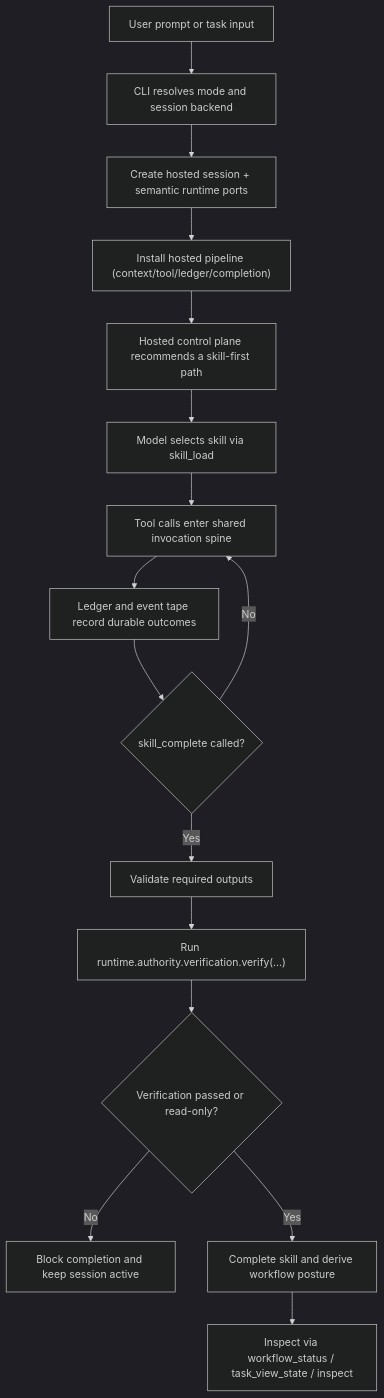
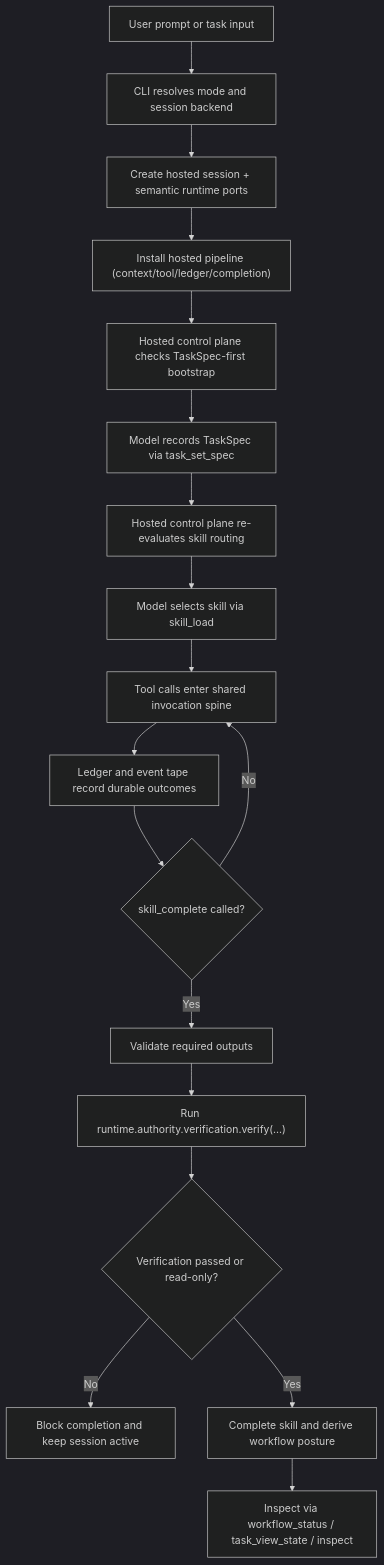
Before and after one commit to arcthur/Brewva: the diagram in docs/journeys/operator/interactive-session.md, drawn with Mermaid (dark theme). The commit also changed other lines of this file and 13 other files, not shown here.

First line of the commit message:
fix(gateway)!: make hosted skill-first TaskSpec-first

````diff
--- a/docs/journeys/operator/interactive-session.md
+++ b/docs/journeys/operator/interactive-session.md
@@ -38,18 +38,20 @@
 ```mermaid
 flowchart TD
   A["User prompt or task input"] --> B["CLI resolves mode and session backend"]
   B --> C["Create hosted session + semantic runtime ports"]
   C --> D["Install hosted pipeline (context/tool/ledger/completion)"]
-  D --> E["Hosted control plane recommends a skill-first path"]
-  E --> F["Model selects skill via skill_load"]
-  F --> G["Tool calls enter shared invocation spine"]
-  G --> H["Ledger and event tape record durable outcomes"]
-  H --> I{"skill_complete called?"}
-  I -->|No| G
-  I -->|Yes| J["Validate required outputs"]
-  J --> K["Run runtime.authority.verification.verify(...)"]
-  K --> L{"Verification passed or read-only?"}
-  L -->|No| M["Block completion and keep session active"]
-  L -->|Yes| N["Complete skill and derive workflow posture"]
-  N --> O["Inspect via workflow_status / task_view_state / inspect"]
+  D --> E["Hosted control plane checks TaskSpec-first bootstrap"]
+  E --> F["Model records TaskSpec via task_set_spec"]
+  F --> G["Hosted control plane re-evaluates skill routing"]
+  G --> H["Model selects skill via skill_load"]
+  H --> I["Tool calls enter shared invocation spine"]
+  I --> J["Ledger and event tape record durable outcomes"]
+  J --> K{"skill_complete called?"}
+  K -->|No| I
+  K -->|Yes| L["Validate required outputs"]
+  L --> M["Run runtime.authority.verification.verify(...)"]
+  M --> N{"Verification passed or read-only?"}
+  N -->|No| O["Block completion and keep session active"]
+  N -->|Yes| P["Complete skill and derive workflow posture"]
+  P --> Q["Inspect via workflow_status / task_view_state / inspect"]
 ```
````
